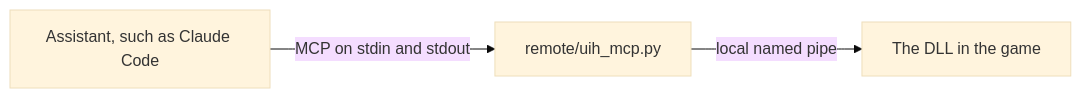
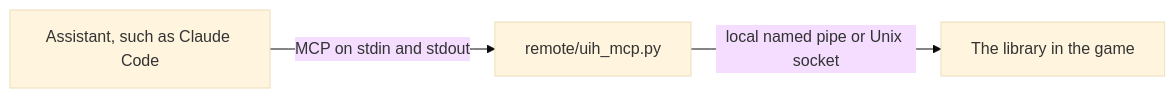
One commit to Sh0ckFR/Universal-Dear-ImGui-Hook changed the diagram in README.md. Above: the diagram before and after it, drawn with Mermaid (base theme). The commit also changed other lines of this file, not shown here.

````diff
--- a/README.md
+++ b/README.md
@@ -157,5 +157,5 @@
 ```mermaid
 flowchart LR
     A["Assistant, such as Claude Code"] -- "MCP on stdin and stdout" --> B["remote/uih_mcp.py"]
-    B -- "local named pipe" --> C["The DLL in the game"]
+    B -- "local named pipe or Unix socket" --> C["The library in the game"]
 ```
````
